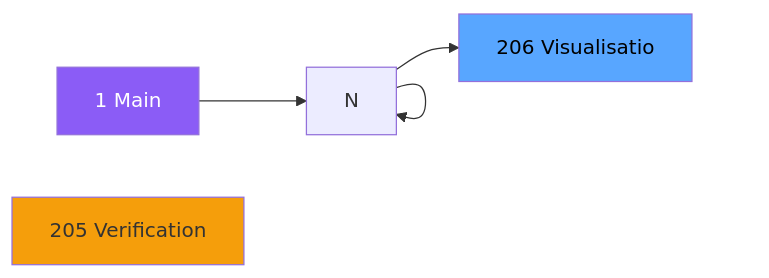
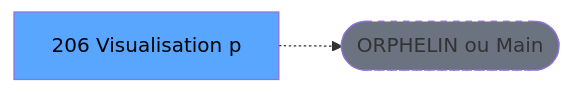
The second of 3 diagrams in .openspec/specs/ADH-IDE-206.md (thonyAGP/lecteur-magic), drawn with Mermaid before and after one commit. The commit also changed other lines of this file and 701 other files, not shown here.

````diff
--- a/.openspec/specs/ADH-IDE-206.md
+++ b/.openspec/specs/ADH-IDE-206.md
@@ -106,13 +117,8 @@
 ```mermaid
 graph LR
-    M[1 Main]
-    N205[205 Verification]
-    T[206 Visualisatio]
-    M --> N
-    N --> N
-    N --> N
-    N --> T
-    style M fill:#8b5cf6,color:#fff
-    style N205 fill:#f59e0b
+    T[206 Visualisation p]
+    ORPHAN([ORPHELIN ou Main])
+    T -.-> ORPHAN
     style T fill:#58a6ff,color:#000
+    style ORPHAN fill:#6b7280,stroke-dasharray: 5 5
 ```
````
